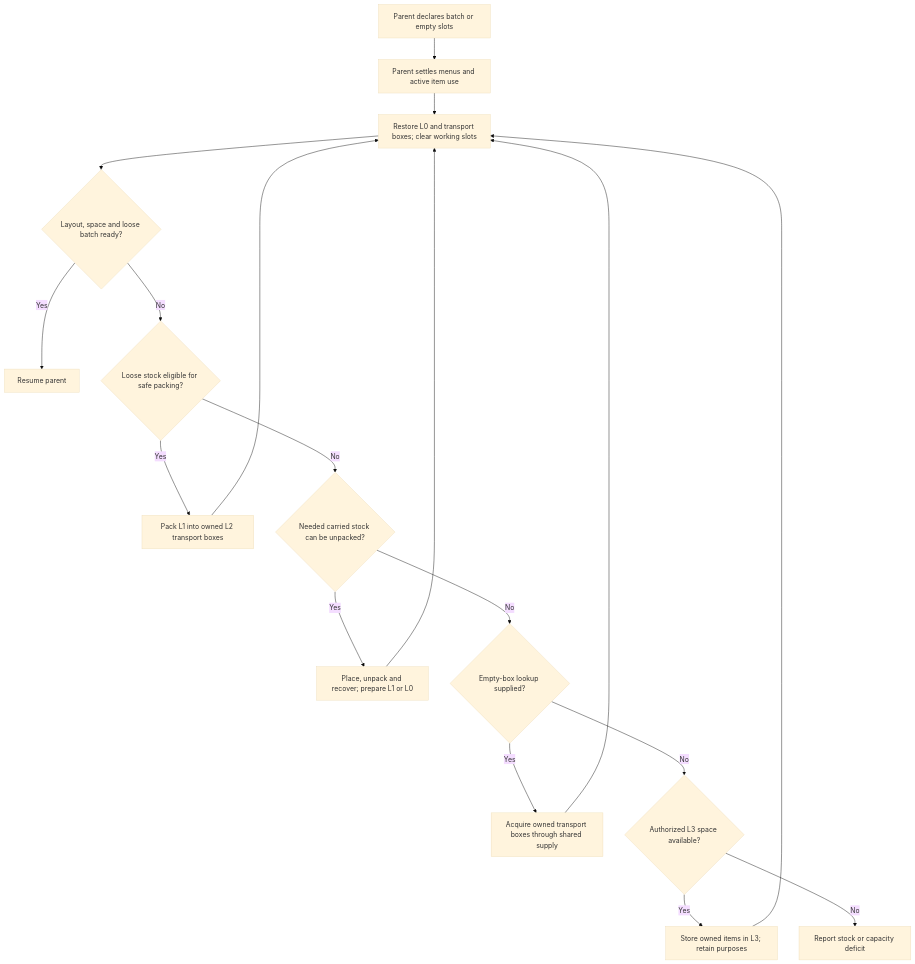
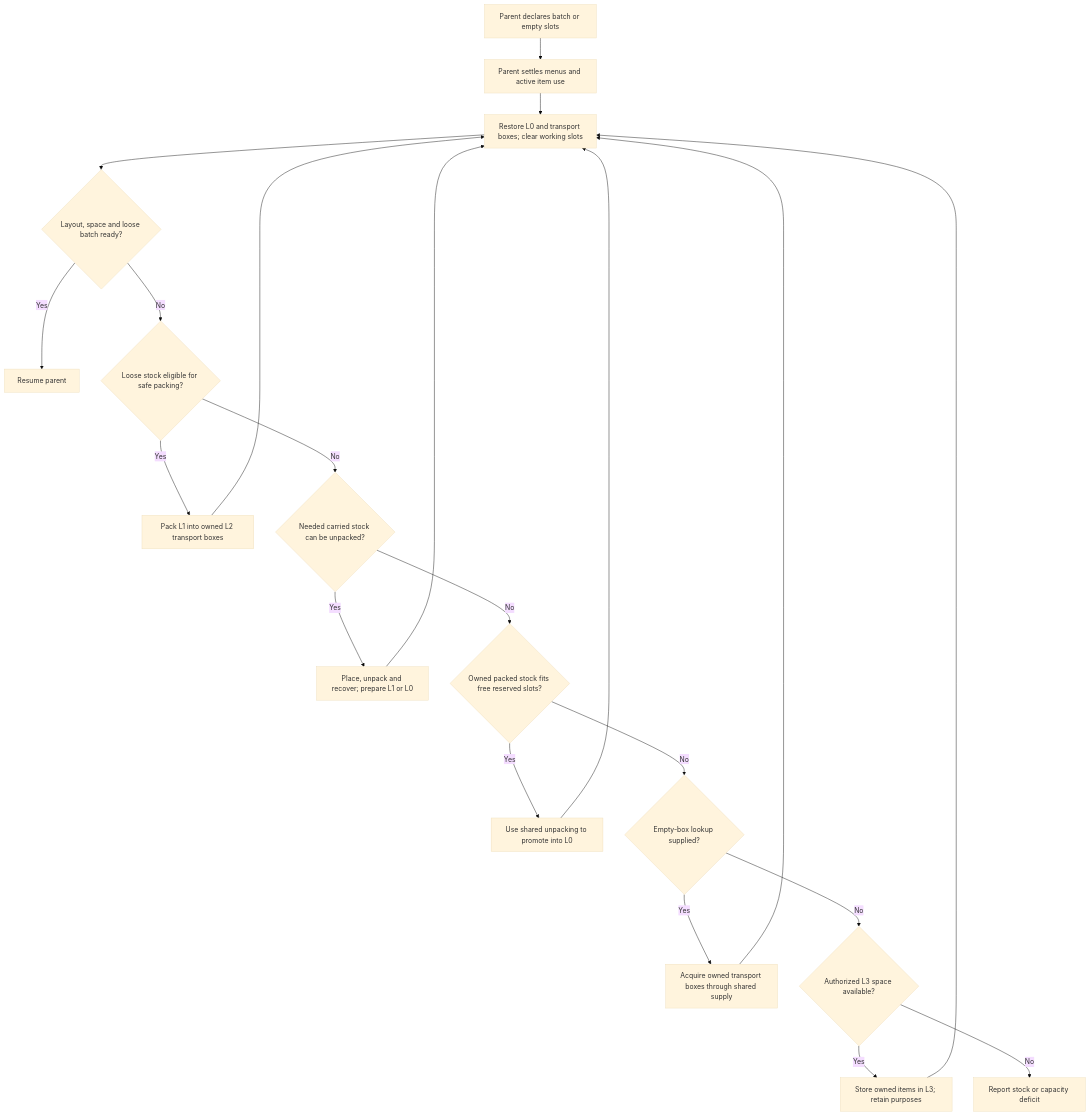
One commit to cwc020730/lattivium-docs changed the diagram in docs/en/supply/inventory.md. Above: the diagram before and after it, drawn with Mermaid (base theme). The commit also changed other lines of this file and 1 other file, not shown here.

Commit message:
docs: explain reserved inventory turnover before capacity refusal

````diff
--- a/docs/en/supply/inventory.md
+++ b/docs/en/supply/inventory.md
@@ -78,20 +80,23 @@
 ```mermaid
 flowchart TD
     A[Parent declares batch or empty slots] --> B[Parent settles menus and active item use]
     B --> C[Restore L0 and transport boxes; clear working slots]
     C --> D{Layout, space and loose batch ready?}
     D -->|Yes| E[Resume parent]
     D -->|No| F{Loose stock eligible for safe packing?}
     F -->|Yes| G[Pack L1 into owned L2 transport boxes]
     F -->|No| H{Needed carried stock can be unpacked?}
     H -->|Yes| I[Place, unpack and recover; prepare L1 or L0]
-    H -->|No| J{Empty-box lookup supplied?}
+    H -->|No| O{Owned packed stock fits free reserved slots?}
+    O -->|Yes| P[Use shared unpacking to promote into L0]
+    P --> C
+    O -->|No| J{Empty-box lookup supplied?}
     J -->|Yes| K[Acquire owned transport boxes through shared supply]
     K --> C
     J -->|No| L{Authorized L3 space available?}
     L -->|Yes| M[Store owned items in L3; retain purposes]
     L -->|No| N[Report stock or capacity deficit]
     M --> C
     G --> C
     I --> C
 ```
````
